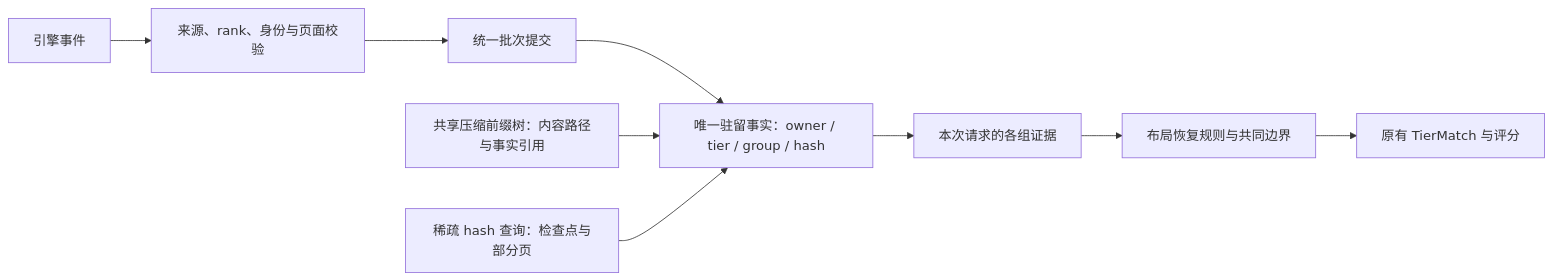
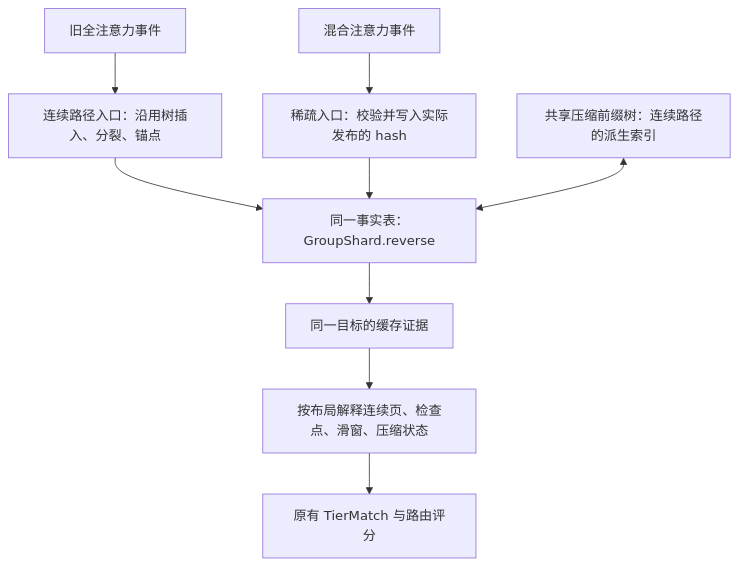
One commit to vllm-project/router changed the first of 9 diagrams in docs/unified-kv-index.md. Above: the diagram before and after it, drawn with Mermaid. The commit also changed other lines of this file, not shown here.

````diff
--- a/docs/unified-kv-index.md
+++ b/docs/unified-kv-index.md
@@ -21,11 +41,11 @@
 ```mermaid
-flowchart LR
-  E[引擎事件] --> V[来源、rank、身份与页面校验]
-  V --> B[统一批次提交]
-  B --> R[唯一驻留事实：owner / tier / group / hash]
-  T[共享压缩前缀树：内容路径与事实引用] --> R
-  H[稀疏 hash 查询：检查点与部分页] --> R
-  R --> Q[本次请求的各组证据]
-  Q --> L[布局恢复规则与共同边界]
-  L --> P[原有 TierMatch 与评分]
+flowchart TB
+  F[旧全注意力事件] --> D[连续路径入口：沿用树插入、分裂、锚点]
+  H[混合注意力事件] --> S[稀疏入口：校验并写入实际发布的 hash]
+  D --> R[同一事实表：GroupShard.reverse]
+  S --> R
+  T[共享压缩前缀树：连续路径的派生索引] <--> R
+  R --> Q[同一目标的缓存证据]
+  Q --> L[按布局解释连续页、检查点、滑窗、压缩状态]
+  L --> P[原有 TierMatch 与路由评分]
 ```
````
